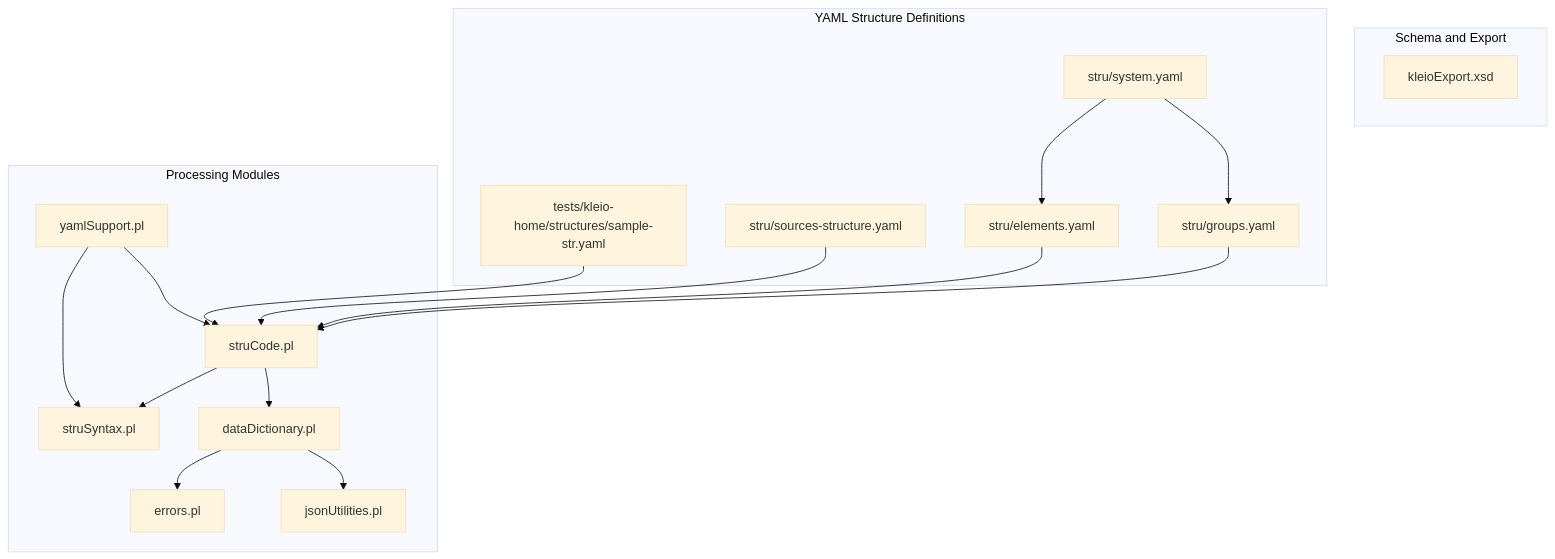
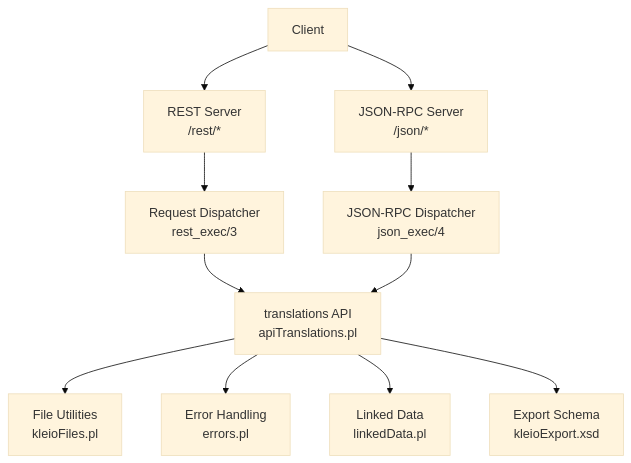
Before and after one commit to time-link/timelink-kleio: the first of 3 diagrams in .qoder/repowiki/en/content/Reference Materials.md, drawn with Mermaid (base theme). The commit also changed other lines of this file and 225 other files, not shown here.

````diff
--- a/.qoder/repowiki/en/content/Reference Materials.md
+++ b/.qoder/repowiki/en/content/Reference Materials.md
@@ -51,33 +46,13 @@
 ```mermaid
 graph TB
-subgraph "Schema and Export"
-XSD["kleioExport.xsd"]
-end
-subgraph "YAML Structure Definitions"
-SYS["stru/system.yaml"]
-GRP["stru/groups.yaml"]
-ELM["stru/elements.yaml"]
-SRC["stru/sources-structure.yaml"]
-SAMPLE["tests/kleio-home/structures/sample-str.yaml"]
-end
-subgraph "Processing Modules"
-YAM["yamlSupport.pl"]
-STRUCODE["struCode.pl"]
-STRUSYNTAX["struSyntax.pl"]
-DDICT["dataDictionary.pl"]
-ERR["errors.pl"]
-JUTIL["jsonUtilities.pl"]
-end
-SYS --> GRP
-SYS --> ELM
-GRP --> STRUCODE
-ELM --> STRUCODE
-SRC --> STRUCODE
-SAMPLE --> STRUCODE
-STRUCODE --> STRUSYNTAX
-STRUCODE --> DDICT
-YAM --> STRUCODE
-YAM --> STRUSYNTAX
-DDICT --> JUTIL
-DDICT --> ERR
+Client["Client"] --> REST["REST Server<br/>/rest/*"]
+Client --> JSONRPC["JSON-RPC Server<br/>/json/*"]
+REST --> Dispatch["Request Dispatcher<br/>rest_exec/3"]
+JSONRPC --> JDispatch["JSON-RPC Dispatcher<br/>json_exec/4"]
+Dispatch --> TransAPI["translations API<br/>apiTranslations.pl"]
+JDispatch --> TransAPI
+TransAPI --> Files["File Utilities<br/>kleioFiles.pl"]
+TransAPI --> Errors["Error Handling<br/>errors.pl"]
+TransAPI --> Linked["Linked Data<br/>linkedData.pl"]
+TransAPI --> Export["Export Schema<br/>kleioExport.xsd"]
 ```
````
